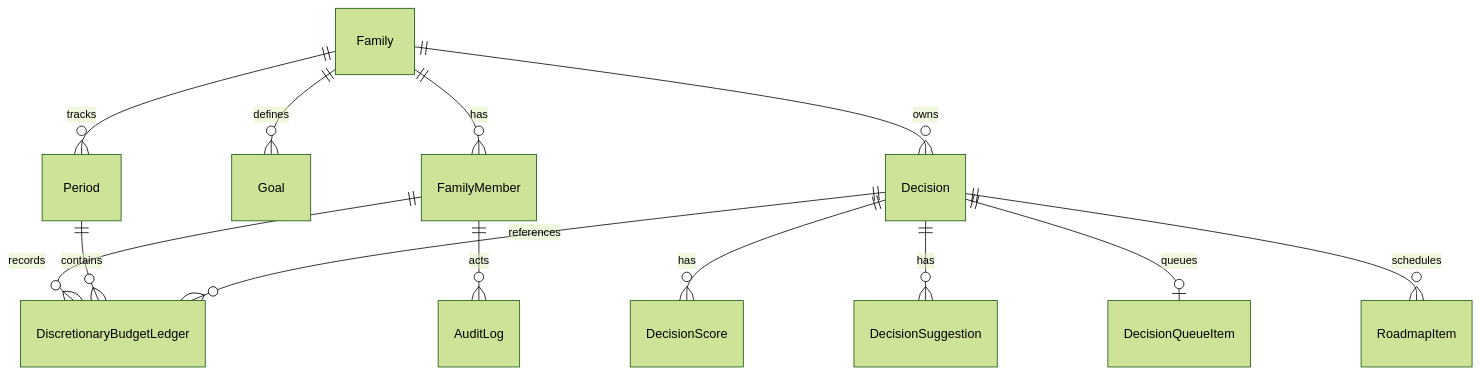
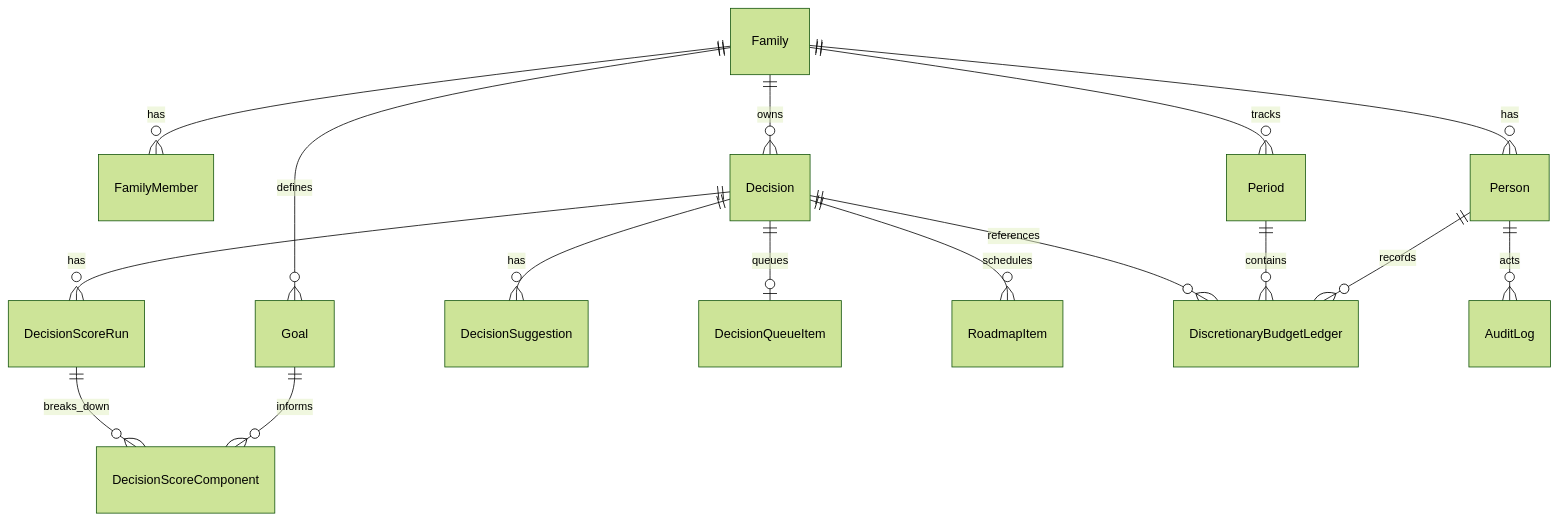
One commit to Grindin247/family-cloud changed the diagram in apps/decision-system/docs/specs/data-model-spec.md. Above: the diagram before and after it, drawn with Mermaid (forest theme). The commit also changed other lines of this file and 80 other files, not shown here.

````diff
--- a/apps/decision-system/docs/specs/data-model-spec.md
+++ b/apps/decision-system/docs/specs/data-model-spec.md
@@ -4,15 +4,18 @@
 ```mermaid
 erDiagram
   Family ||--o{ FamilyMember : has
+  Family ||--o{ Person : has
   Family ||--o{ Goal : defines
   Family ||--o{ Decision : owns
   Family ||--o{ Period : tracks
-  Decision ||--o{ DecisionScore : has
+  Goal ||--o{ DecisionScoreComponent : informs
+  Decision ||--o{ DecisionScoreRun : has
+  DecisionScoreRun ||--o{ DecisionScoreComponent : breaks_down
   Decision ||--o{ DecisionSuggestion : has
   Decision ||--o| DecisionQueueItem : queues
   Decision ||--o{ RoadmapItem : schedules
-  FamilyMember ||--o{ DiscretionaryBudgetLedger : records
+  Person ||--o{ DiscretionaryBudgetLedger : records
   Period ||--o{ DiscretionaryBudgetLedger : contains
   Decision ||--o{ DiscretionaryBudgetLedger : references
-  FamilyMember ||--o{ AuditLog : acts
+  Person ||--o{ AuditLog : acts
 ```
````
